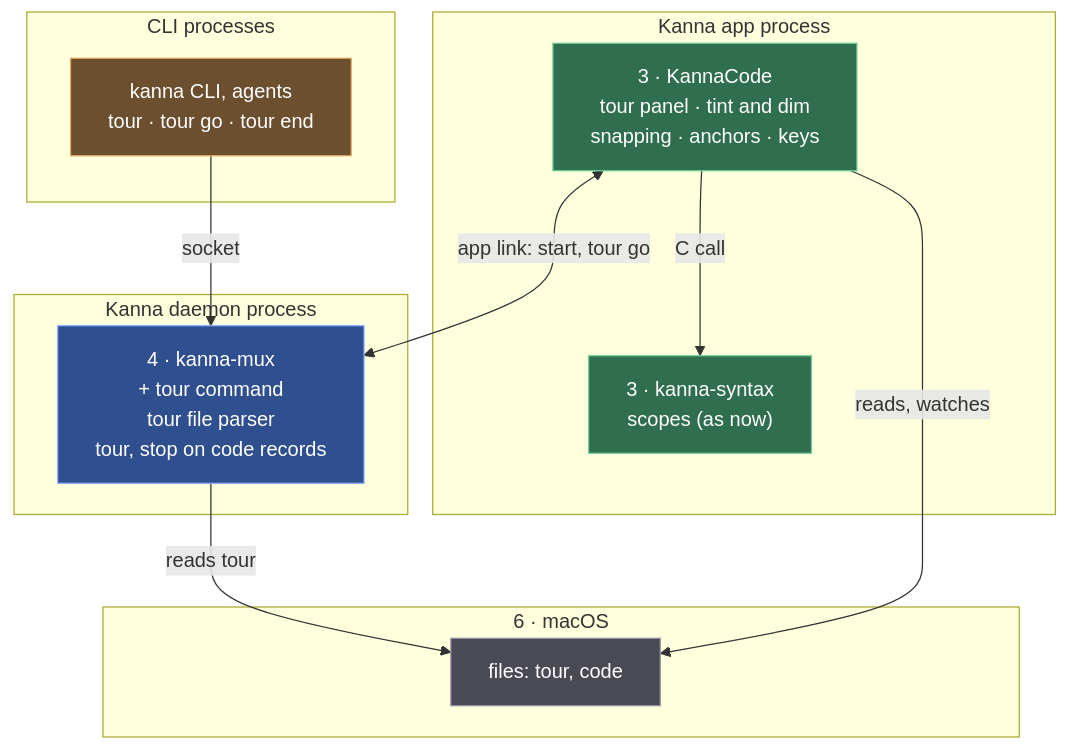
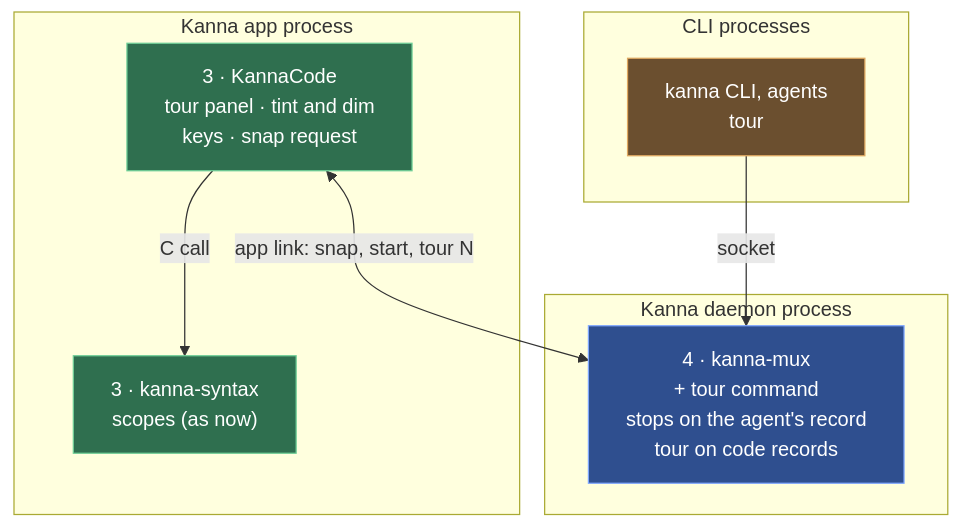
Before and after one commit to jemdiggity/kanna-v4: the second of 2 diagrams in docs/specs/code-tour.md, drawn with Mermaid. The commit also changed other lines of this file and 4 other files, not shown here.

Commit message:
Code tour spec: the agent directs the tour, kanna tour FILE:LINE "comment" adding a stop and kanna tour N going back; the tour is the agent's, kept by the daemon, snapped by the app; tabs stay until closed; the kanna-tour skill

````diff
--- a/docs/specs/code-tour.md
+++ b/docs/specs/code-tour.md
@@ -91,29 +95,22 @@
 ```mermaid
 flowchart TB
     subgraph CLIP["CLI processes"]
-        CLI["kanna CLI, agents<br/>tour · tour go · tour end"]
+        CLI["kanna CLI, agents<br/>tour"]
     end
     subgraph APP["Kanna app process"]
-        L3["3 · KannaCode<br/>tour panel · tint and dim<br/>snapping · anchors · keys"]
+        L3["3 · KannaCode<br/>tour panel · tint and dim<br/>keys · snap request"]
         L3S["3 · kanna-syntax<br/>scopes (as now)"]
         L3 -->|"C call"| L3S
     end
     subgraph DAEMON["Kanna daemon process"]
-        L4["4 · kanna-mux<br/>+ tour command<br/>tour file parser<br/>tour, stop on code records"]
-    end
-    subgraph OS["6 · macOS"]
-        FS["files: tour, code"]
+        L4["4 · kanna-mux<br/>+ tour command<br/>stops on the agent's record<br/>tour on code records"]
     end
     CLI -->|"socket"| L4
-    L3 <-->|"app link: start, tour go"| L4
-    L4 -->|"reads tour"| FS
-    L3 -->|"reads, watches"| FS
+    L3 <-->|"app link: snap, start, tour N"| L4
     classDef kanna fill:#2f6f4f,stroke:#6fcf97,color:#ffffff
     classDef kmux fill:#2f4f8f,stroke:#7fa7ff,color:#ffffff
-    classDef os fill:#4a4a55,stroke:#9a9aa8,color:#ffffff
     classDef client fill:#6b4f2f,stroke:#e0a960,color:#ffffff
     class L3,L3S kanna
     class L4 kmux
-    class FS os
     class CLI client
 ```
````
